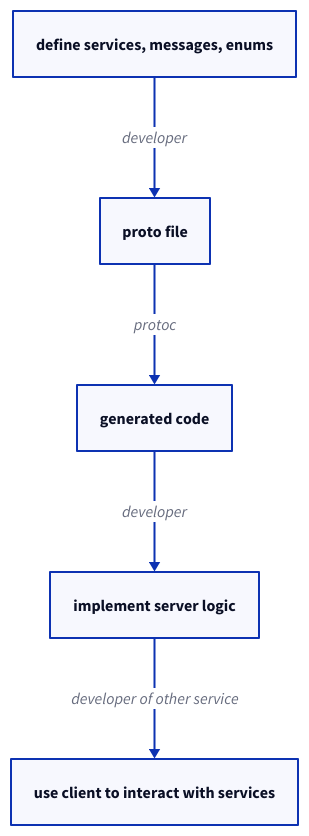
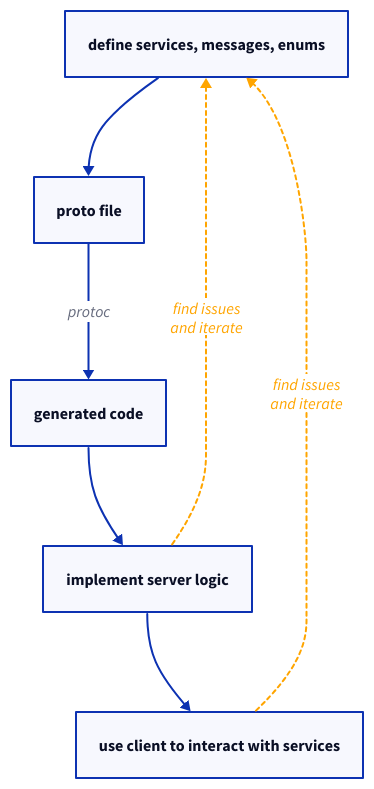
Before and after one commit to sudorandom/kmcd.dev: the diagram in content/posts/2024/working-with-protobuf-in-2024/workflow-legacy.d2, drawn with D2. The commit also changed 4 other files, not shown here.

Commit message:
update diagrams

```diff
--- a/content/posts/2024/working-with-protobuf-in-2024/workflow-legacy.d2
+++ b/content/posts/2024/working-with-protobuf-in-2024/workflow-legacy.d2
@@ -1,12 +1,22 @@
 # d2 content/posts/2024/working-with-protobuf-in-2024/workflow-legacy.d2 --sketch --theme 200 --pad=20 content/posts/2024/working-with-protobuf-in-2024/workflow-legacy.svg
 
 style: {
   fill: transparent
 }
 
-define services, messages, enums  -> proto file: developer
+define services, messages, enums -> proto file
 
 proto file -> generated code: protoc
 
-Generated code -> implement server logic: developer
-implement server logic -> use client to interact with services: developer of other service
+Generated code -> implement server logic
+implement server logic -> define services, messages, enums: find issues\nand iterate {
+  style.stroke: orange
+  style.font-color: orange
+  style.stroke-dash: 2
+}
+implement server logic -> use client to interact with services
+use client to interact with services -> define services, messages, enums: find issues\nand iterate {
+  style.stroke: orange
+  style.font-color: orange
+  style.stroke-dash: 2
+}
```
